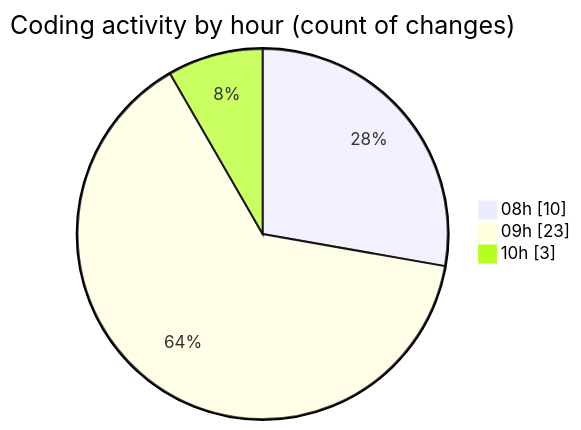
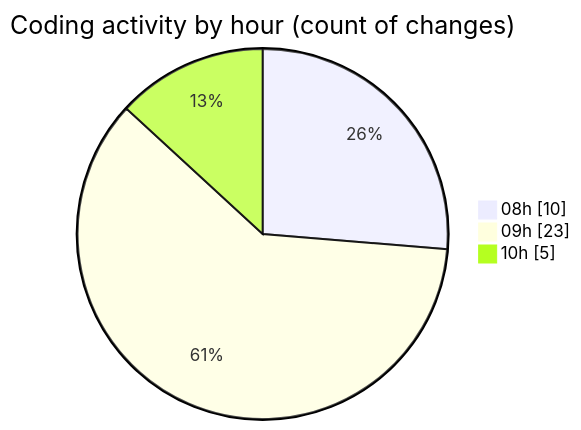
The second of 2 diagrams in 2025-01-07/nueva_carpeta/README.md (LanceThiago/code-tracking), drawn with Mermaid before and after one commit. The commit also changed other lines of this file and 1 other file, not shown here.

````diff
--- a/2025-01-07/nueva_carpeta/README.md
+++ b/2025-01-07/nueva_carpeta/README.md
@@ -28,7 +28,7 @@
 ```mermaid
 pie showData
 title Coding activity by hour (count of changes)
 "08h" : 10
 "09h" : 23
-"10h" : 3
+"10h" : 5
 ```
````
